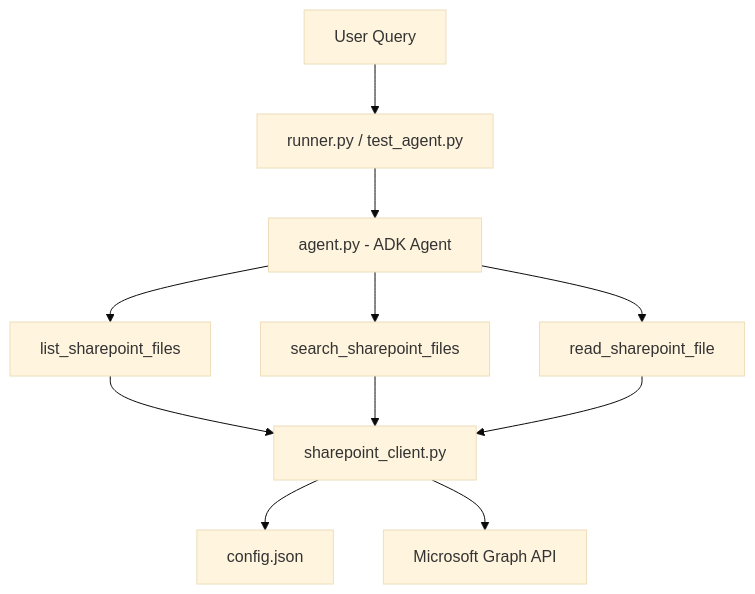
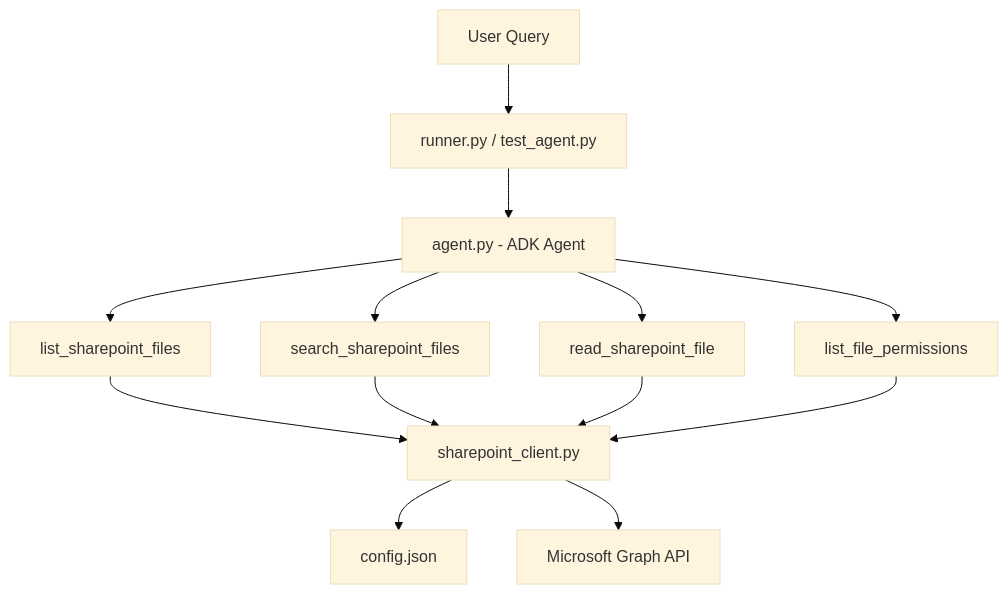
Before and after one commit to tohweizhong/agentic-demos: the diagram in sharepoint_eval/sharepoint_agent_walkthrough.md, drawn with Mermaid (base theme). The commit also changed other lines of this file and 4 other files, not shown here.

````diff
--- a/sharepoint_eval/sharepoint_agent_walkthrough.md
+++ b/sharepoint_eval/sharepoint_agent_walkthrough.md
@@ -11,13 +11,15 @@
 ```mermaid
 graph TD
     User[User Query] --> Runner[runner.py / test_agent.py]
     Runner --> Agent[agent.py - ADK Agent]
     Agent --> Tool1[list_sharepoint_files]
     Agent --> Tool2[search_sharepoint_files]
     Agent --> Tool3[read_sharepoint_file]
+    Agent --> Tool4[list_file_permissions]
     Tool1 --> Client[sharepoint_client.py]
     Tool2 --> Client
     Tool3 --> Client
+    Tool4 --> Client
     Client --> Config[config.json]
     Client --> GraphAPI[Microsoft Graph API]
 ```
````
